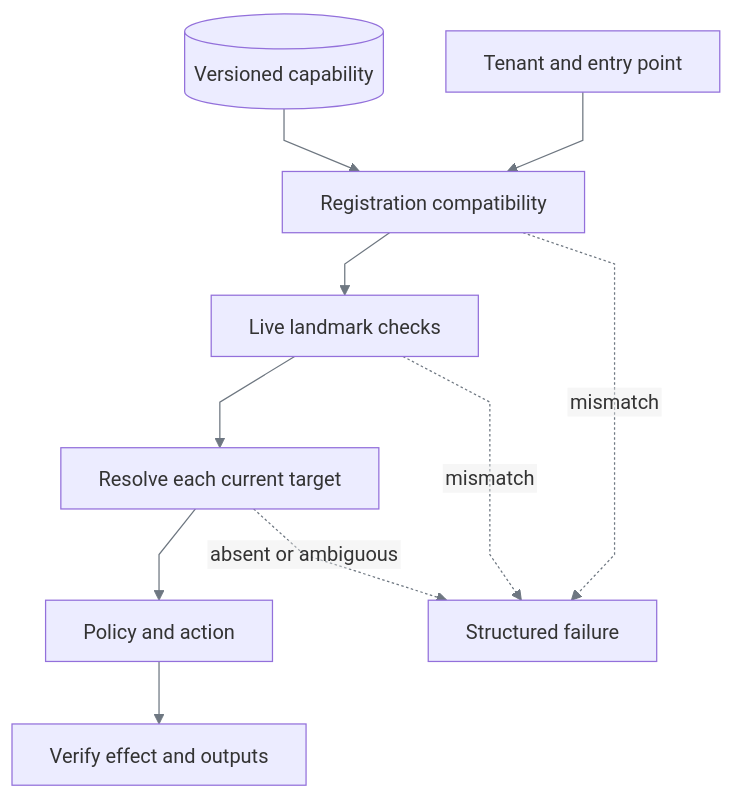
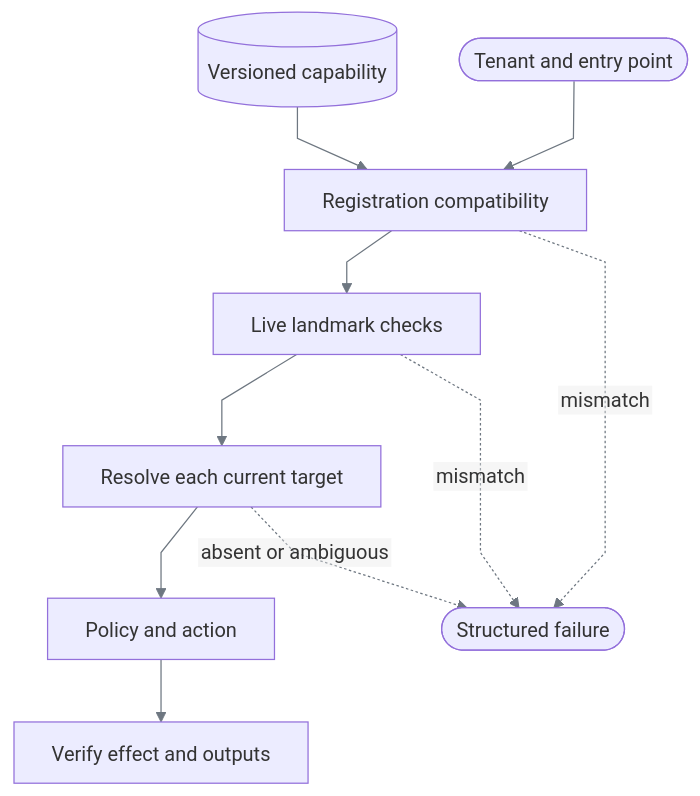
The diagram in docs/heterogeneity-and-compatibility.md (SivaTSS/replay-forge), drawn with Mermaid before and after one commit. The commit also changed other lines of this file and 15 other files, not shown here.

Commit message:
docs: unify reference structure and validate diagram consistency

````diff
--- a/docs/heterogeneity-and-compatibility.md
+++ b/docs/heterogeneity-and-compatibility.md
@@ -7,13 +9,13 @@
 ```mermaid
-%%{init: {"htmlLabels":false,"themeVariables":{"lineColor":"#6E7781","signalColor":"#6E7781"},"flowchart":{"curve":"linear"}}}%%
+%%{init: {"htmlLabels":false,"themeVariables":{"lineColor":"#6E7781","signalColor":"#6E7781"},"flowchart":{"curve":"linear"},"sequence":{"wrap":true}}}%%
 flowchart TB
     A[(Versioned capability)] --> C[Registration compatibility]
-    T[Tenant and entry point] --> C
+    T([Tenant and entry point]) --> C
     C --> L[Live landmark checks]
     L --> R[Resolve each current target]
     R --> P[Policy and action]
     P --> V[Verify effect and outputs]
-    C -. mismatch .-> F[Structured failure]
+    C -. mismatch .-> F([Structured failure])
     L -. mismatch .-> F
     R -. absent or ambiguous .-> F
 ```
````
